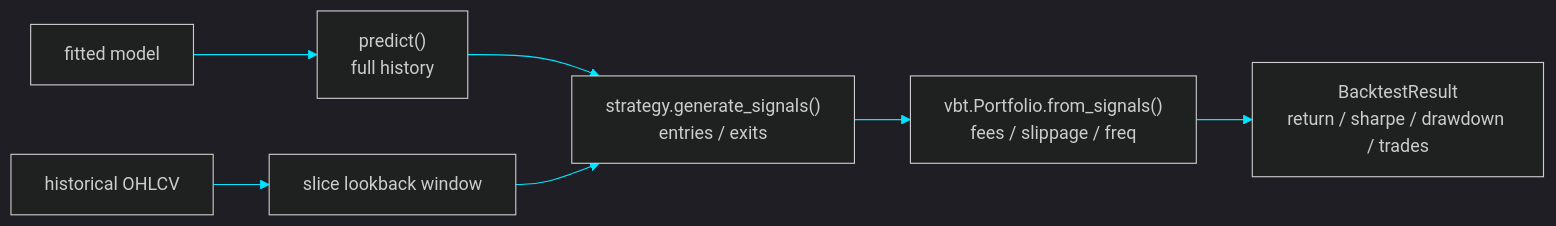
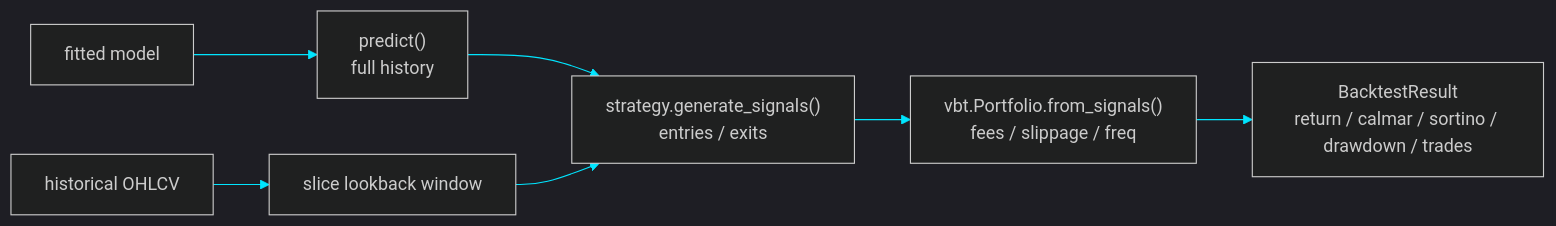
One commit to simwai/sarimax-ohlcv-prediction changed the fourth of 4 diagrams in README.md. Above: the diagram before and after it, drawn with Mermaid. The commit also changed other lines of this file and 7 other files, not shown here.

Commit message:
feat: replace Sharpe with Calmar and Sortino ratios

````diff
--- a/README.md
+++ b/README.md
@@ -308,20 +308,20 @@
 ```mermaid
 ---
 config:
   theme: dark
   themeVariables:
     primaryColor: '#00e5ff'
     primaryTextColor: '#ffffff'
     primaryBorderColor: '#00e5ff'
     lineColor: '#00e5ff'
     secondaryColor: '#1a0b2e'
     tertiaryColor: '#1a0b2e'
 ---
 flowchart LR
     MODEL["fitted model"] --> PREDICT["predict()\nfull history"]
     DATA["historical OHLCV"] --> SLICE["slice lookback window"]
     PREDICT --> SIGNALS["strategy.generate_signals()\nentries / exits"]
     SLICE --> SIGNALS
     SIGNALS --> VBT["vbt.Portfolio.from_signals()\nfees / slippage / freq"]
-    VBT --> RESULT["BacktestResult\nreturn / sharpe / drawdown / trades"]
+    VBT --> RESULT["BacktestResult\nreturn / calmar / sortino / drawdown / trades"]
 ```
````
